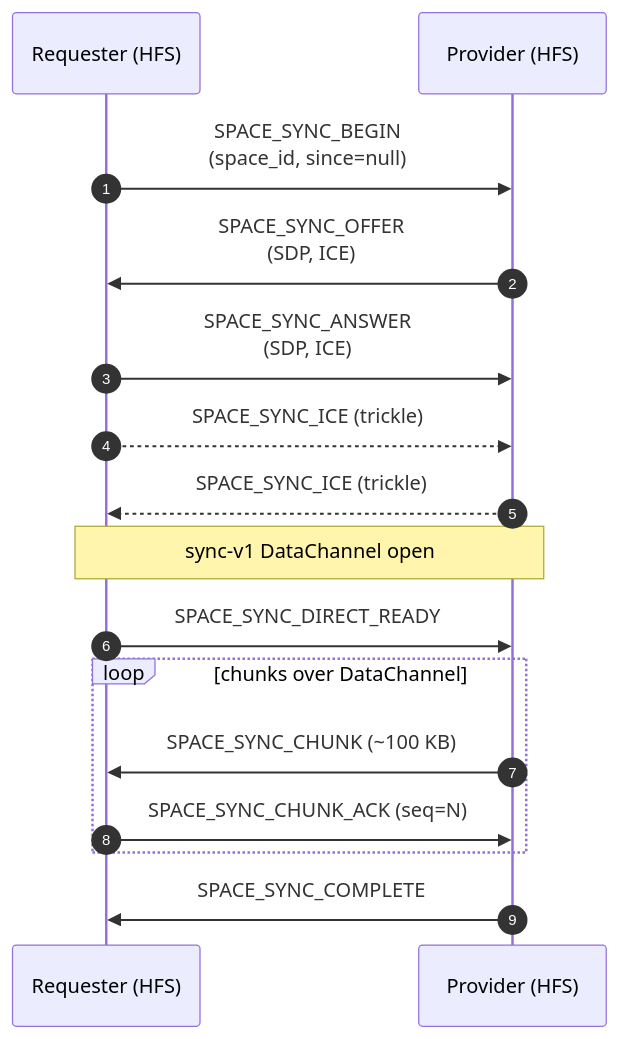
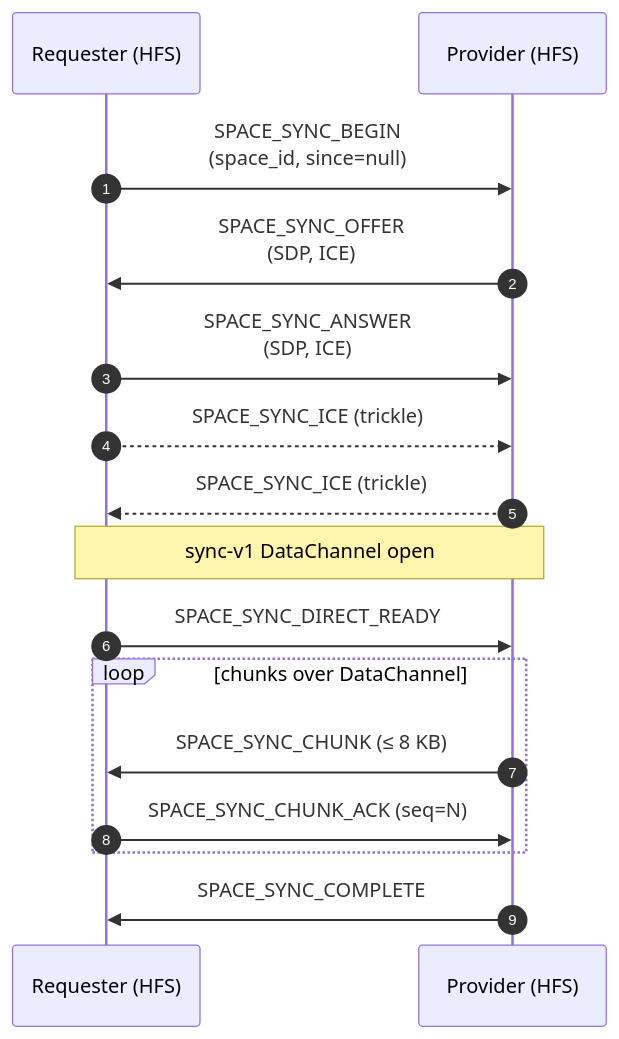
Before and after one commit to social-home-io/socialhome: the first of 2 diagrams in docs/protocol/sync.md, drawn with Mermaid. The commit also changed other lines of this file and 5 other files, not shown here.

First line of the commit message:
Space sync: a refused periodic sync stays incremental; ask a host for at most 3 at once

````diff
--- a/docs/protocol/sync.md
+++ b/docs/protocol/sync.md
@@ -37,18 +37,18 @@
 ```mermaid
 sequenceDiagram
     autonumber
     participant R as Requester (HFS)
     participant P as Provider (HFS)
     R->>P: SPACE_SYNC_BEGIN<br/>(space_id, since=null)
     P->>R: SPACE_SYNC_OFFER<br/>(SDP, ICE)
     R->>P: SPACE_SYNC_ANSWER<br/>(SDP, ICE)
     R-->>P: SPACE_SYNC_ICE (trickle)
     P-->>R: SPACE_SYNC_ICE (trickle)
     Note over R,P: sync-v1 DataChannel open
     R->>P: SPACE_SYNC_DIRECT_READY
     loop chunks over DataChannel
-        P->>R: SPACE_SYNC_CHUNK (~100 KB)
+        P->>R: SPACE_SYNC_CHUNK (≤ 8 KB)
         R->>P: SPACE_SYNC_CHUNK_ACK (seq=N)
     end
     P->>R: SPACE_SYNC_COMPLETE
 ```
````
